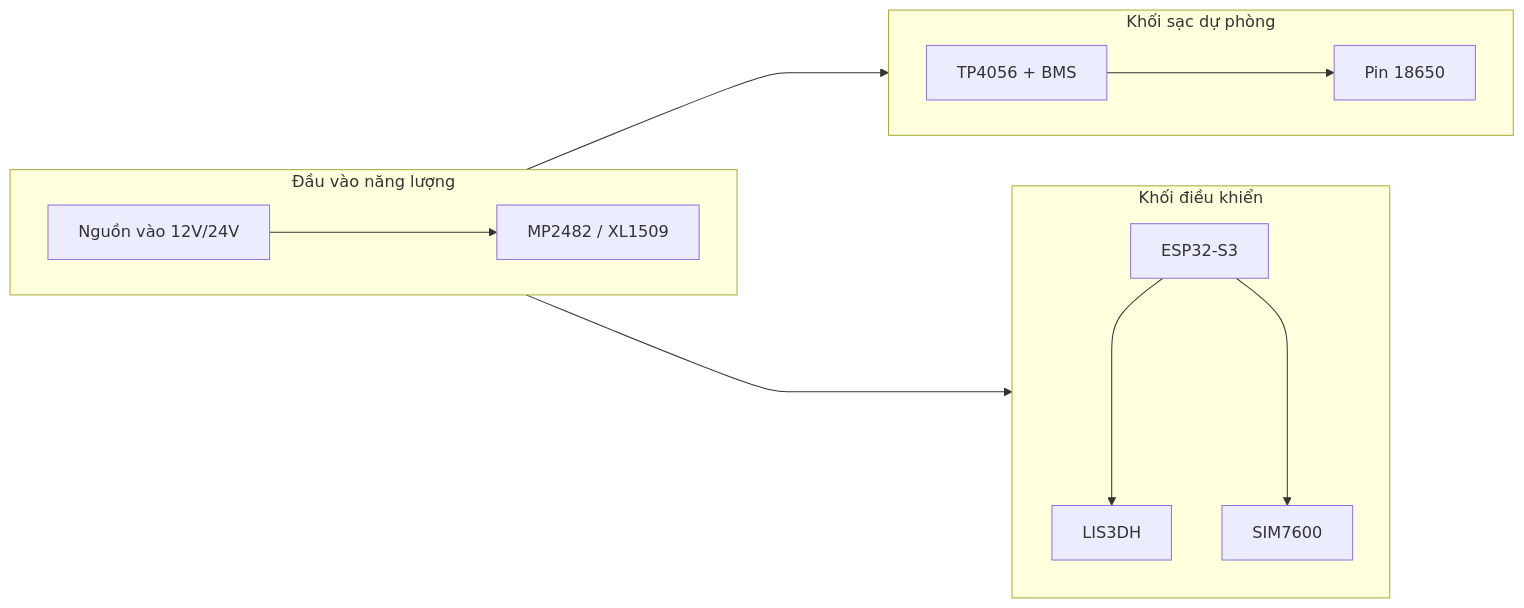
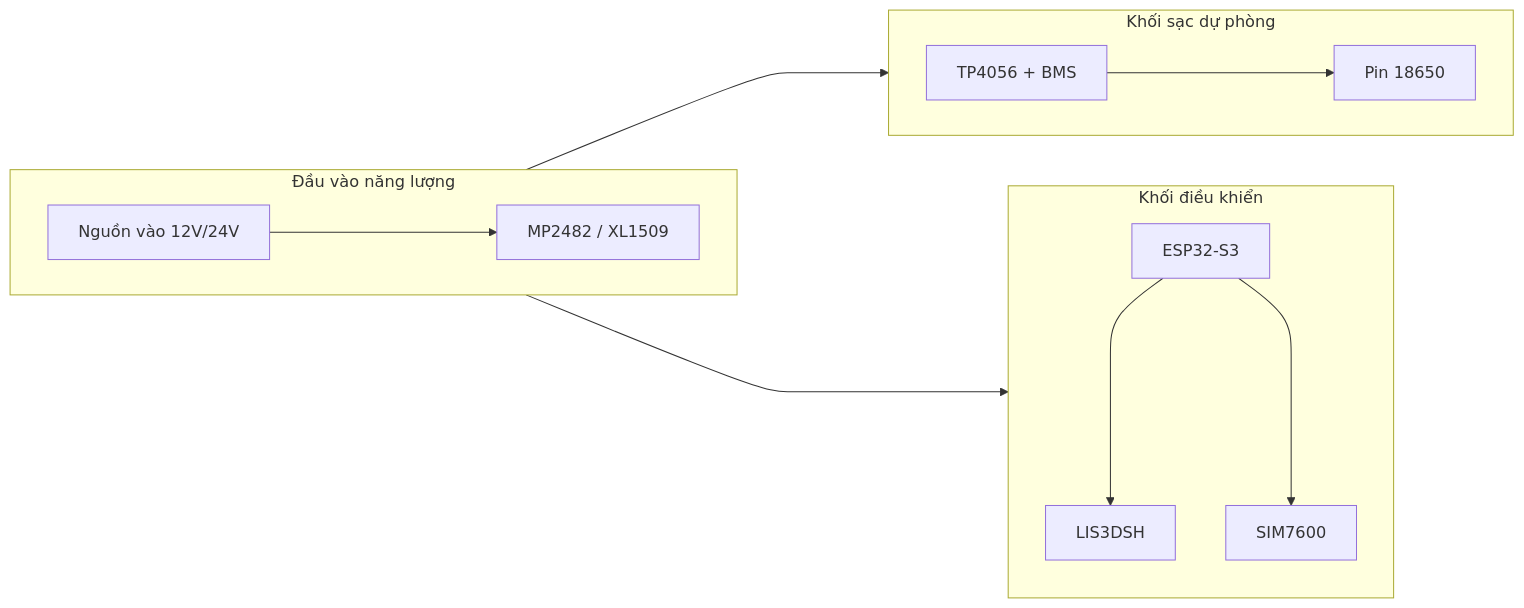
Before and after one commit to anmh1205/IoT_Vehicle_Tracking_System: the diagram in resources/reports/thesis/final/assets/uml/07-chuong-4-trien-khai-hardware-hinh-4-13.mmd, drawn with Mermaid. The commit also changed 332 other files, not shown here.

```diff
--- a/resources/reports/thesis/final/assets/uml/07-chuong-4-trien-khai-hardware-hinh-4-13.mmd
+++ b/resources/reports/thesis/final/assets/uml/07-chuong-4-trien-khai-hardware-hinh-4-13.mmd
@@ -1,26 +1,26 @@
 flowchart LR
     subgraph InputStage["Đầu vào năng lượng"]
         direction LR
         Vin["Nguồn vào 12V/24V"]
         Buck["MP2482 / XL1509"]
         Vin ----> Buck
     end
 
     subgraph ControlStage["Khối điều khiển"]
         direction TB
         MCU["ESP32-S3"]
-        IMU["LIS3DH"]
+        IMU["LIS3DSH"]
         Modem["SIM7600"]
     end
 
     subgraph BackupStage["Khối sạc dự phòng"]
         direction LR
         Charge["TP4056 + BMS"]
         Cell["Pin 18650"]
         Charge ----> Cell
     end
 
     Buck ----> MCU
     MCU ----> IMU
     MCU ----> Modem
     Buck ----> Charge
```
